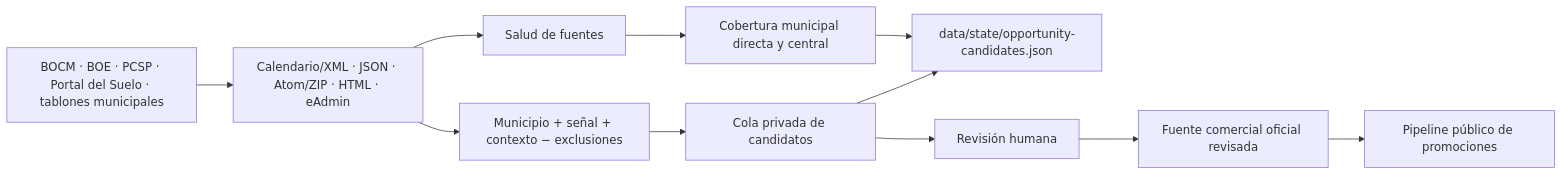
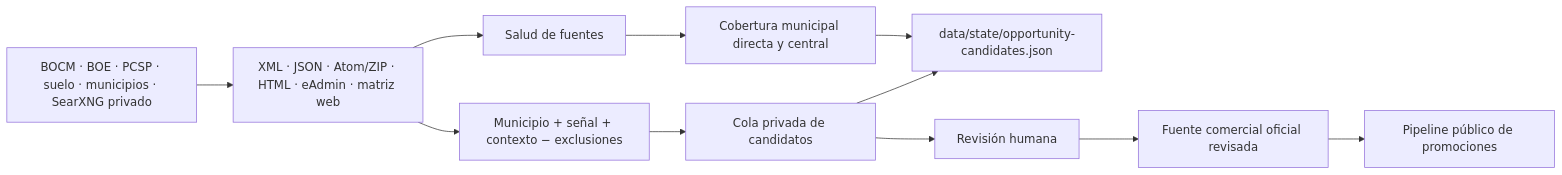
Before and after one commit to Javiig13/SierraNueva: the second of 3 diagrams in docs/architecture.md, drawn with Mermaid. The commit also changed other lines of this file and 18 other files, not shown here.

Commit message:
Amplia el radar con matriz web diaria

````diff
--- a/docs/architecture.md
+++ b/docs/architecture.md
@@ -24,13 +24,13 @@
 ```mermaid
 flowchart LR
-    F["BOCM · BOE · PCSP · Portal del Suelo · tablones municipales"] --> A["Calendario/XML · JSON · Atom/ZIP · HTML · eAdmin"]
+    F["BOCM · BOE · PCSP · suelo · municipios · SearXNG privado"] --> A["XML · JSON · Atom/ZIP · HTML · eAdmin · matriz web"]
     A --> R["Municipio + señal + contexto − exclusiones"]
     R --> S["Cola privada de candidatos"]
     A --> H["Salud de fuentes"]
     H --> MC["Cobertura municipal directa y central"]
     S --> P["data/state/opportunity-candidates.json"]
     MC --> P
     S --> V["Revisión humana"]
     V --> O["Fuente comercial oficial revisada"]
     O --> PUB["Pipeline público de promociones"]
 ```
````
